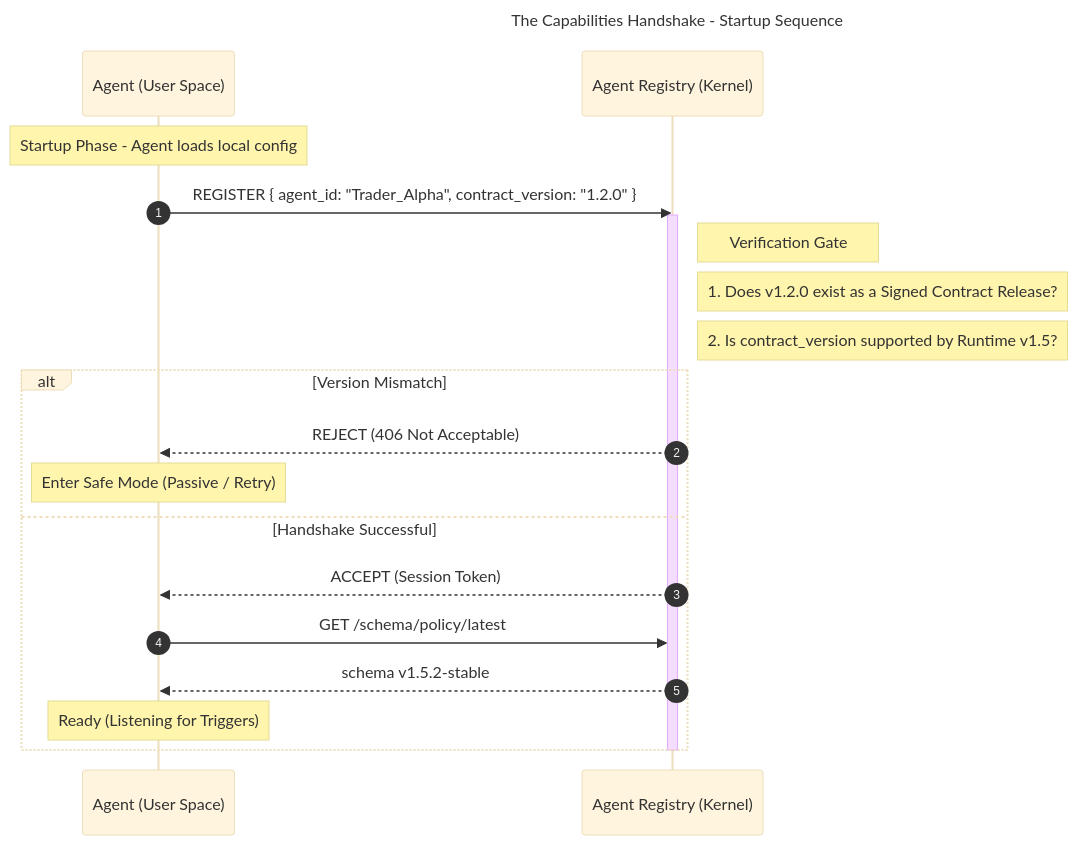
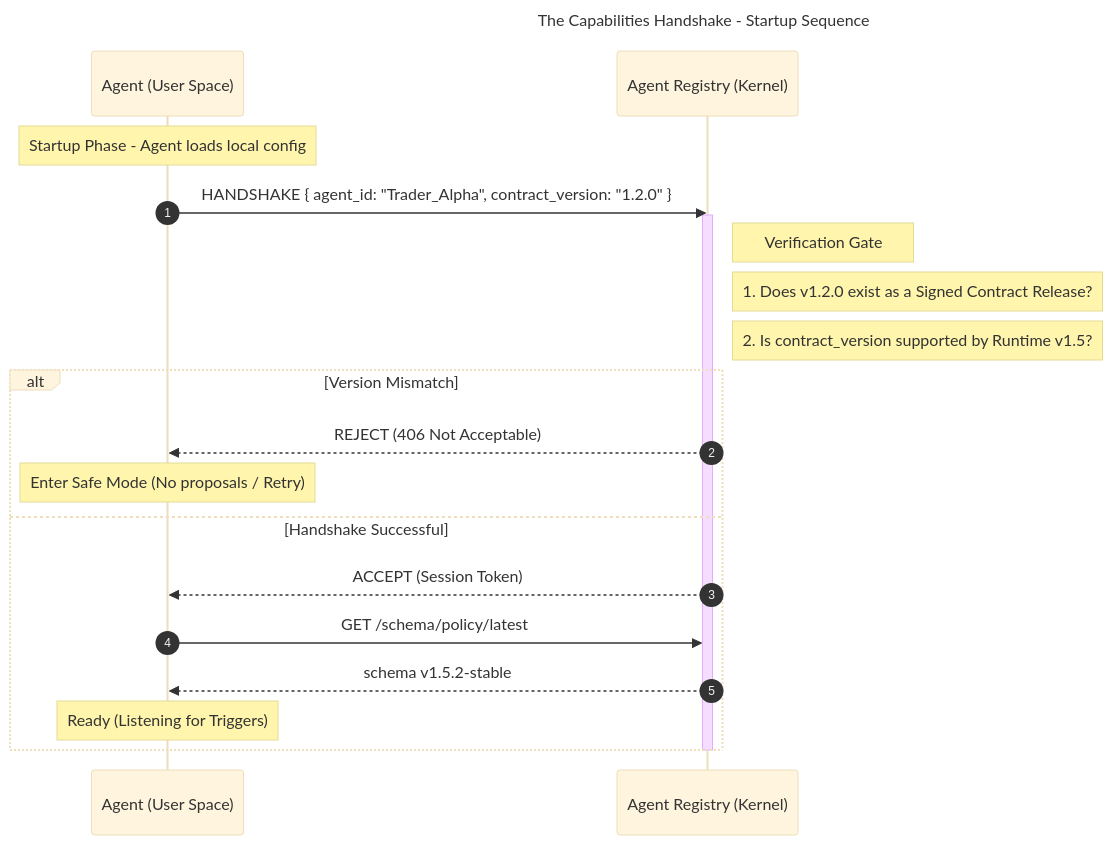
One commit to huka81/decision-intelligence-runtime changed the sixth of 21 diagrams in docs/07-dir-minified/DIR-minified.md. Above: the diagram before and after it, drawn with Mermaid (base theme). The commit also changed other lines of this file and 4 other files, not shown here.

````diff
--- a/docs/07-dir-minified/DIR-minified.md
+++ b/docs/07-dir-minified/DIR-minified.md
@@ -777,31 +824,31 @@
 ```mermaid
 ---
 title: The Capabilities Handshake  -  Startup Sequence
 config:
   look: classic
 ---
 sequenceDiagram
     autonumber
     participant Agent as Agent (User Space)
     participant Registry as Agent Registry (Kernel)
 
     Note over Agent: Startup Phase  -  Agent loads local config
 
-    Agent->>Registry: REGISTER { agent_id: "Trader_Alpha", contract_version: "1.2.0" }
+    Agent->>Registry: HANDSHAKE { agent_id: "Trader_Alpha", contract_version: "1.2.0" }
 
     activate Registry
     Note right of Registry: Verification Gate
     note right of Registry: 1. Does v1.2.0 exist as a Signed Contract Release?
     note right of Registry: 2. Is contract_version supported by Runtime v1.5?
 
     alt Version Mismatch
         Registry-->>Agent: REJECT (406 Not Acceptable)
-        Note over Agent: Enter Safe Mode (Passive / Retry)
+        Note over Agent: Enter Safe Mode (No proposals / Retry)
     else Handshake Successful
         Registry-->>Agent: ACCEPT (Session Token)
         Agent->>Registry: GET /schema/policy/latest
         Registry-->>Agent: schema v1.5.2-stable
         Note over Agent: Ready (Listening for Triggers)
     end
     deactivate Registry
 ```
````
